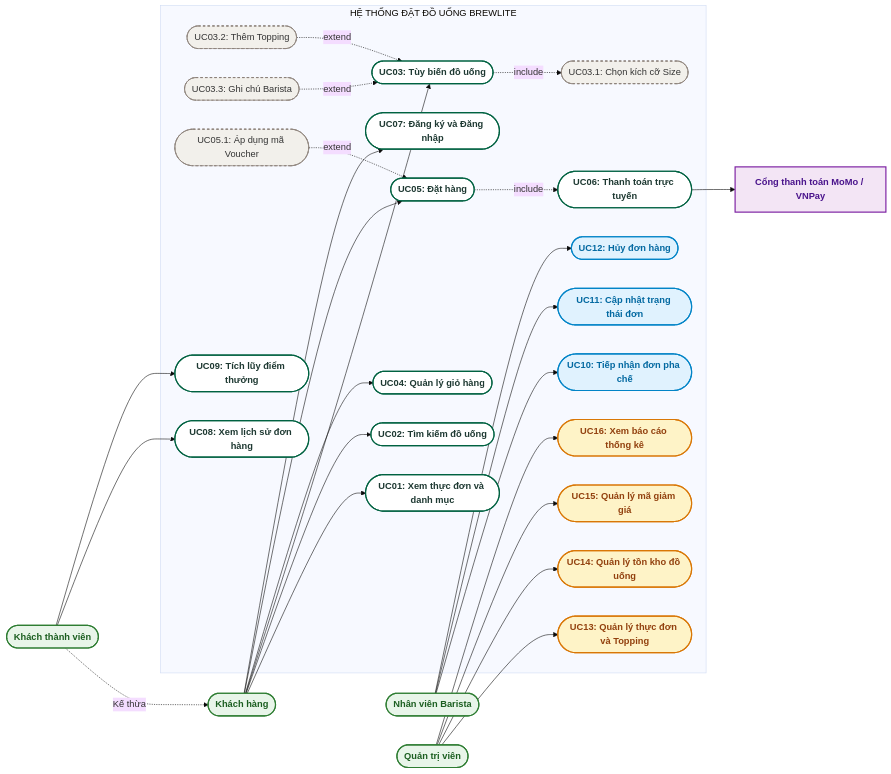
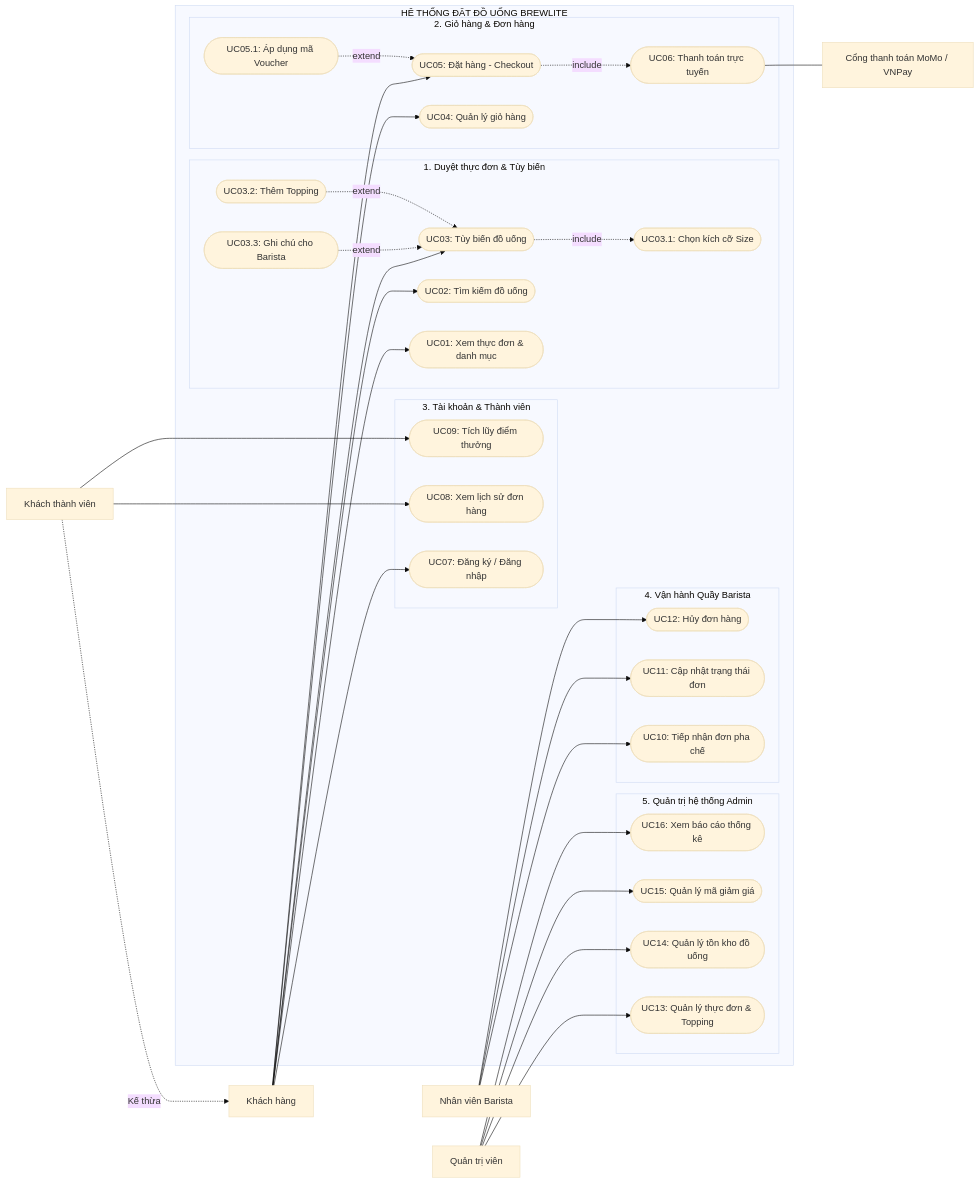
One commit to nphat-code/swe-project changed the first of 5 diagrams in docs/SO_DO_USE_CASE.md. Above: the diagram before and after it, drawn with Mermaid (base theme). The commit also changed 2 other files, not shown here.

Commit message:
fix(docs): standardize overall use case diagram and align all document references

````diff
--- a/docs/SO_DO_USE_CASE.md
+++ b/docs/SO_DO_USE_CASE.md
@@ -28,71 +28,74 @@
 ```mermaid
 flowchart LR
-    Customer([Khách hàng]):::actorStyle
-    Member([Khách thành viên]):::actorStyle
-    Barista([Nhân viên Barista]):::actorStyle
-    Admin([Quản trị viên]):::actorStyle
-    PaymentGW[Cổng thanh toán MoMo / VNPay]:::systemActorStyle
+    Customer[Khách hàng]
+    Member[Khách thành viên]
+    Barista[Nhân viên Barista]
+    Admin[Quản trị viên]
+    PaymentGW[Cổng thanh toán MoMo / VNPay]
 
     Member -.->|Kế thừa| Customer
 
     subgraph SystemBoundary [HỆ THỐNG ĐẶT ĐỒ UỐNG BREWLITE]
-        UC_ViewMenu([UC01: Xem thực đơn và danh mục]):::ucStyle
-        UC_Search([UC02: Tìm kiếm đồ uống]):::ucStyle
-        UC_Customize([UC03: Tùy biến đồ uống]):::ucStyle
-        UC_SelectSize([UC03.1: Chọn kích cỡ Size]):::subUcStyle
-        UC_AddTopping([UC03.2: Thêm Topping]):::subUcStyle
-        UC_AddNote([UC03.3: Ghi chú Barista]):::subUcStyle
+        subgraph P1 [1. Duyệt thực đơn & Tùy biến]
+            UC01([UC01: Xem thực đơn & danh mục])
+            UC02([UC02: Tìm kiếm đồ uống])
+            UC03([UC03: Tùy biến đồ uống])
+            UC03_1([UC03.1: Chọn kích cỡ Size])
+            UC03_2([UC03.2: Thêm Topping])
+            UC03_3([UC03.3: Ghi chú cho Barista])
+        end
 
-        UC_Cart([UC04: Quản lý giỏ hàng]):::ucStyle
-        UC_Checkout([UC05: Đặt hàng]):::ucStyle
-        UC_Voucher([UC05.1: Áp dụng mã Voucher]):::subUcStyle
-        UC_Payment([UC06: Thanh toán trực tuyến]):::ucStyle
+        subgraph P2 [2. Giỏ hàng & Đơn hàng]
+            UC04([UC04: Quản lý giỏ hàng])
+            UC05([UC05: Đặt hàng - Checkout])
+            UC05_1([UC05.1: Áp dụng mã Voucher])
+            UC06([UC06: Thanh toán trực tuyến])
+        end
 
-        UC_Auth([UC07: Đăng ký và Đăng nhập]):::ucStyle
-        UC_OrderHistory([UC08: Xem lịch sử đơn hàng]):::ucStyle
-        UC_Loyalty([UC09: Tích lũy điểm thưởng]):::ucStyle
+        subgraph P3 [3. Tài khoản & Thành viên]
+            UC07([UC07: Đăng ký / Đăng nhập])
+            UC08([UC08: Xem lịch sử đơn hàng])
+            UC09([UC09: Tích lũy điểm thưởng])
+        end
 
-        UC_ReceiveOrder([UC10: Tiếp nhận đơn pha chế]):::staffUcStyle
-        UC_UpdateStatus([UC11: Cập nhật trạng thái đơn]):::staffUcStyle
-        UC_CancelOrder([UC12: Hủy đơn hàng]):::staffUcStyle
+        subgraph P4 [4. Vận hành Quầy Barista]
+            UC10([UC10: Tiếp nhận đơn pha chế])
+            UC11([UC11: Cập nhật trạng thái đơn])
+            UC12([UC12: Hủy đơn hàng])
+        end
 
-        UC_ManageProduct([UC13: Quản lý thực đơn và Topping]):::adminUcStyle
-        UC_ManageStock([UC14: Quản lý tồn kho đồ uống]):::adminUcStyle
-        UC_ManageVoucher([UC15: Quản lý mã giảm giá]):::adminUcStyle
-        UC_ViewReport([UC16: Xem báo cáo thống kê]):::adminUcStyle
+        subgraph P5 [5. Quản trị hệ thống Admin]
+            UC13([UC13: Quản lý thực đơn & Topping])
+            UC14([UC14: Quản lý tồn kho đồ uống])
+            UC15([UC15: Quản lý mã giảm giá])
+            UC16([UC16: Xem báo cáo thống kê])
+        end
     end
 
-    Customer --> UC_ViewMenu
-    Customer --> UC_Search
-    Customer --> UC_Customize
-    Customer --> UC_Cart
-    Customer --> UC_Checkout
-    Customer --> UC_Auth
+    Customer --> UC01
+    Customer --> UC02
+    Customer --> UC03
+    Customer --> UC04
+    Customer --> UC05
+    Customer --> UC07
 
-    Member --> UC_OrderHistory
-    Member --> UC_Loyalty
+    Member --> UC08
+    Member --> UC09
 
-    UC_Customize -.->|include| UC_SelectSize
-    UC_AddTopping -.->|extend| UC_Customize
-    UC_AddNote -.->|extend| UC_Customize
+    UC03 -.->|include| UC03_1
+    UC03_2 -.->|extend| UC03
+    UC03_3 -.->|extend| UC03
 
-    UC_Checkout -.->|include| UC_Payment
-    UC_Voucher -.->|extend| UC_Checkout
-    UC_Payment --> PaymentGW
+    UC05 -.->|include| UC06
+    UC05_1 -.->|extend| UC05
+    UC06 --- PaymentGW
 
-    Barista --> UC_ReceiveOrder
-    Barista --> UC_UpdateStatus
-    Barista --> UC_CancelOrder
+    Barista --> UC10
+    Barista --> UC11
+    Barista --> UC12
 
-    Admin --> UC_ManageProduct
-    Admin --> UC_ManageStock
-    Admin --> UC_ManageVoucher
-    Admin --> UC_ViewReport
-
-    classDef actorStyle fill:#e8f5e9,stroke:#2e7d32,stroke-width:2px,color:#1b5e20,font-weight:bold
-    classDef systemActorStyle fill:#f3e5f5,stroke:#7b1fa2,stroke-width:2px,color:#4a148c,font-weight:bold
-    classDef ucStyle fill:#ffffff,stroke:#006241,stroke-width:2px,color:#1e3932,font-weight:bold
-    classDef subUcStyle fill:#f2f0eb,stroke:#8c827a,stroke-width:1.5px,stroke-dasharray: 4 4,color:#333
-    classDef staffUcStyle fill:#e0f2fe,stroke:#0284c7,stroke-width:2px,color:#0369a1,font-weight:bold
-    classDef adminUcStyle fill:#fef3c7,stroke:#d97706,stroke-width:2px,color:#92400e,font-weight:bold
+    Admin --> UC13
+    Admin --> UC14
+    Admin --> UC15
+    Admin --> UC16
 ```
````
